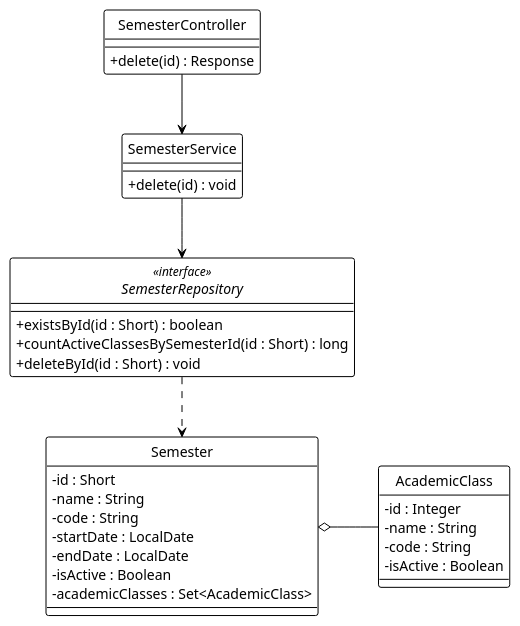
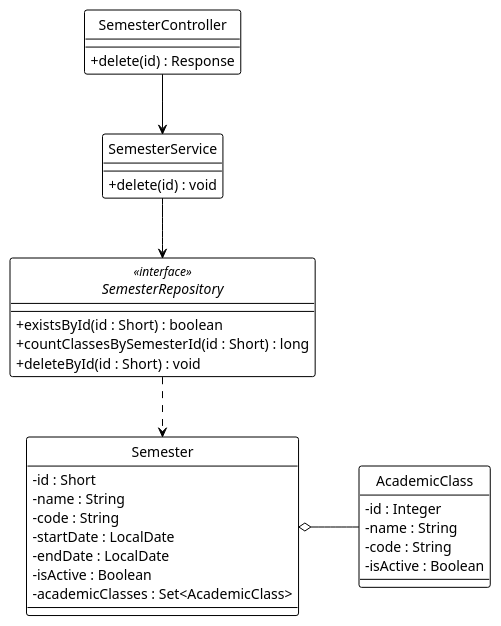
Before and after one commit to Ndh474/context: the diagram in system_detailed_design/09_delete_semester/class_diagram_delete_semester.puml, drawn with PlantUML. The commit also changed 1 other file, not shown here.

Commit message:
refactor(diagrams): rename and standardize method names in delete semester diagrams for clarity

```diff
--- a/system_detailed_design/09_delete_semester/class_diagram_delete_semester.puml
+++ b/system_detailed_design/09_delete_semester/class_diagram_delete_semester.puml
@@ -1,56 +1,56 @@
 @startuml delete_semester
 !theme plain
 hide circle
 skinparam classAttributeIconSize 0
 
 ' --- CẤU HÌNH "ORTHO" (BẮT BUỘC) ---
 skinparam linetype ortho
 skinparam nodesep 60
 skinparam ranksep 60
 
 ' --- CONTROLLER ---
 class SemesterController {
   + delete(id) : Response
 }
 
 ' --- SERVICE ---
 class SemesterService {
   + delete(id) : void
 }
 
 ' --- REPOSITORY ---
 interface SemesterRepository <<interface>> {
   + existsById(id : Short) : boolean
-  + countActiveClassesBySemesterId(id : Short) : long
+  + countClassesBySemesterId(id : Short) : long
   + deleteById(id : Short) : void
 }
 
 ' --- ENTITIES ---
 class Semester {
   - id : Short
   - name : String
   - code : String
   - startDate : LocalDate
   - endDate : LocalDate
   - isActive : Boolean
   - academicClasses : Set<AcademicClass>
 }
 
 class AcademicClass {
   - id : Integer
   - name : String
   - code : String
   - isActive : Boolean
 }
 
 ' --- DEPENDENCY INJECTION (Association) ---
 SemesterController -down-> SemesterService
 SemesterService -down-> SemesterRepository
 
 ' --- REPOSITORY USAGE (Dependency) ---
 SemesterRepository .down.> Semester
 
 ' --- ENTITY RELATIONSHIPS (Aggregation) ---
 Semester o-right- AcademicClass
 
 @enduml
```
